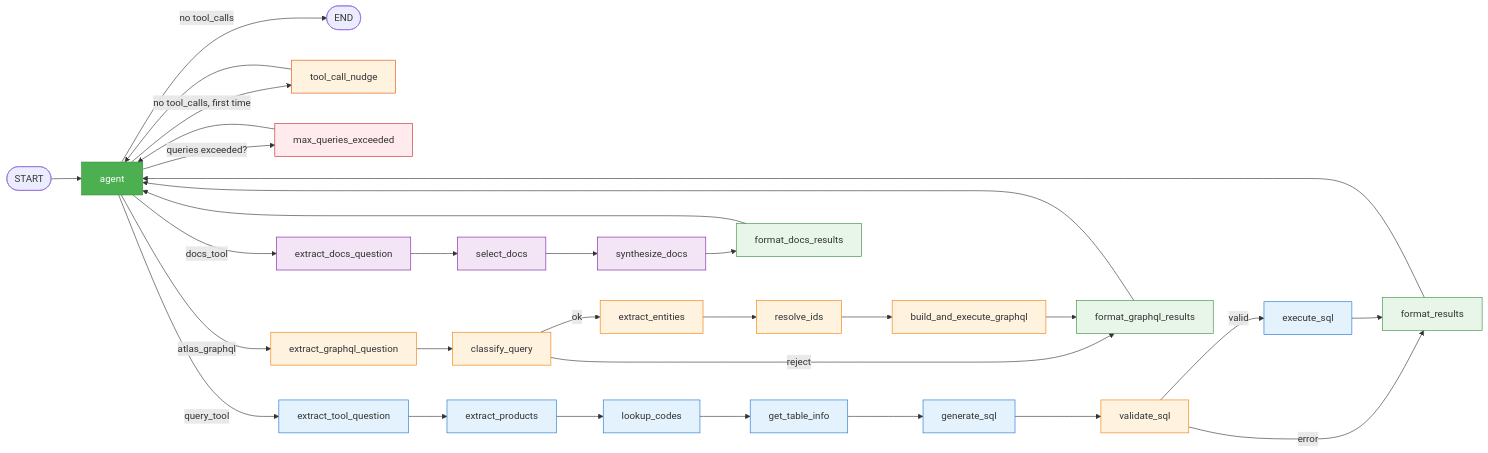
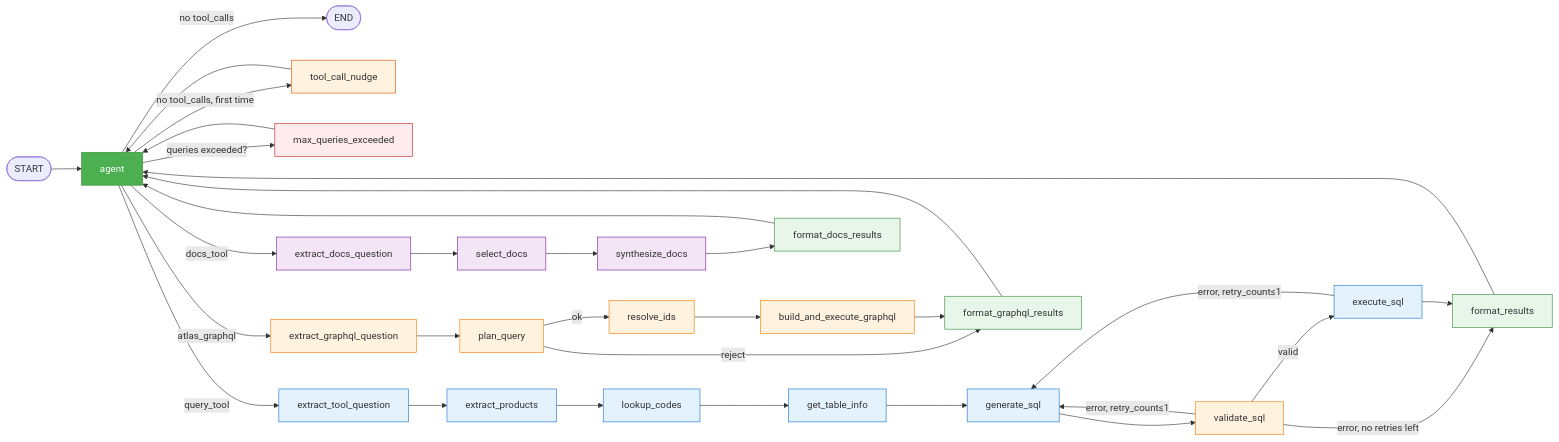
The second of 5 diagrams in docs/public/architecture.md (shreyasgm/ask-atlas), drawn with Mermaid before and after one commit. The commit also changed other lines of this file and 1 other file, not shown here.

First line of the commit message:
docs: sync architecture docs with codebase changes

````diff
--- a/docs/public/architecture.md
+++ b/docs/public/architecture.md
@@ -297,58 +302,58 @@
 ```mermaid
 graph LR
     START([START]) --> agent
     agent -->|no tool_calls| END_NODE([END])
     agent -->|no tool_calls, first time| tcn[tool_call_nudge]
     tcn --> agent
     agent -->|queries exceeded?| mqe[max_queries_exceeded]
     agent -->|query_tool| etq[extract_tool_question]
     agent -->|atlas_graphql| egq[extract_graphql_question]
     agent -->|docs_tool| edq[extract_docs_question]
 
     etq --> ep[extract_products]
     ep --> lc[lookup_codes]
     lc --> gti[get_table_info]
     gti --> gs[generate_sql]
     gs --> vs[validate_sql]
     vs -->|valid| es[execute_sql]
-    vs -->|error| fr[format_results]
+    vs -->|"error, retry_count≤1"| gs
+    vs -->|"error, no retries left"| fr[format_results]
     es --> fr
+    es -->|"error, retry_count≤1"| gs
     fr --> agent
 
-    egq --> cq[classify_query]
-    cq -->|reject| fgr[format_graphql_results]
-    cq -->|ok| ee[extract_entities]
-    ee --> ri[resolve_ids]
+    egq --> pq[plan_query]
+    pq -->|reject| fgr[format_graphql_results]
+    pq -->|ok| ri[resolve_ids]
     ri --> beg[build_and_execute_graphql]
     beg --> fgr
     fgr --> agent
 
     edq --> sd[select_docs]
     sd --> syd[synthesize_docs]
     syd --> fdr[format_docs_results]
     fdr --> agent
 
     mqe --> agent
 
     style agent fill:#4CAF50,color:#fff,stroke:#388E3C
     style etq fill:#e3f2fd,stroke:#1976D2
     style ep fill:#e3f2fd,stroke:#1976D2
     style lc fill:#e3f2fd,stroke:#1976D2
     style gti fill:#e3f2fd,stroke:#1976D2
     style gs fill:#e3f2fd,stroke:#1976D2
     style vs fill:#fff3e0,stroke:#F57C00
     style es fill:#e3f2fd,stroke:#1976D2
     style fr fill:#e8f5e9,stroke:#388E3C
     style egq fill:#fff3e0,stroke:#F57C00
-    style cq fill:#fff3e0,stroke:#F57C00
-    style ee fill:#fff3e0,stroke:#F57C00
+    style pq fill:#fff3e0,stroke:#F57C00
     style ri fill:#fff3e0,stroke:#F57C00
     style beg fill:#fff3e0,stroke:#F57C00
     style fgr fill:#e8f5e9,stroke:#388E3C
     style edq fill:#f3e5f5,stroke:#7B1FA2
     style sd fill:#f3e5f5,stroke:#7B1FA2
     style syd fill:#f3e5f5,stroke:#7B1FA2
     style fdr fill:#e8f5e9,stroke:#388E3C
     style tcn fill:#fff3e0,stroke:#E65100
     style mqe fill:#ffebee,stroke:#c62828
 ```
````
